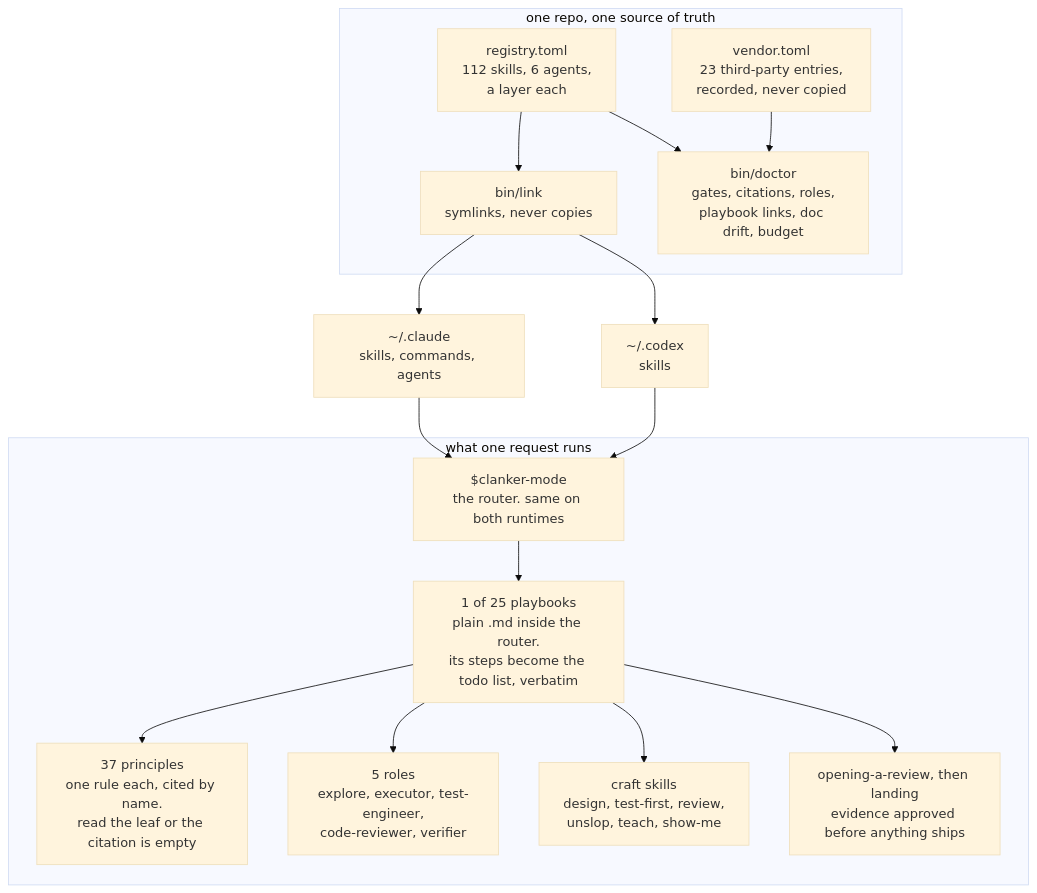
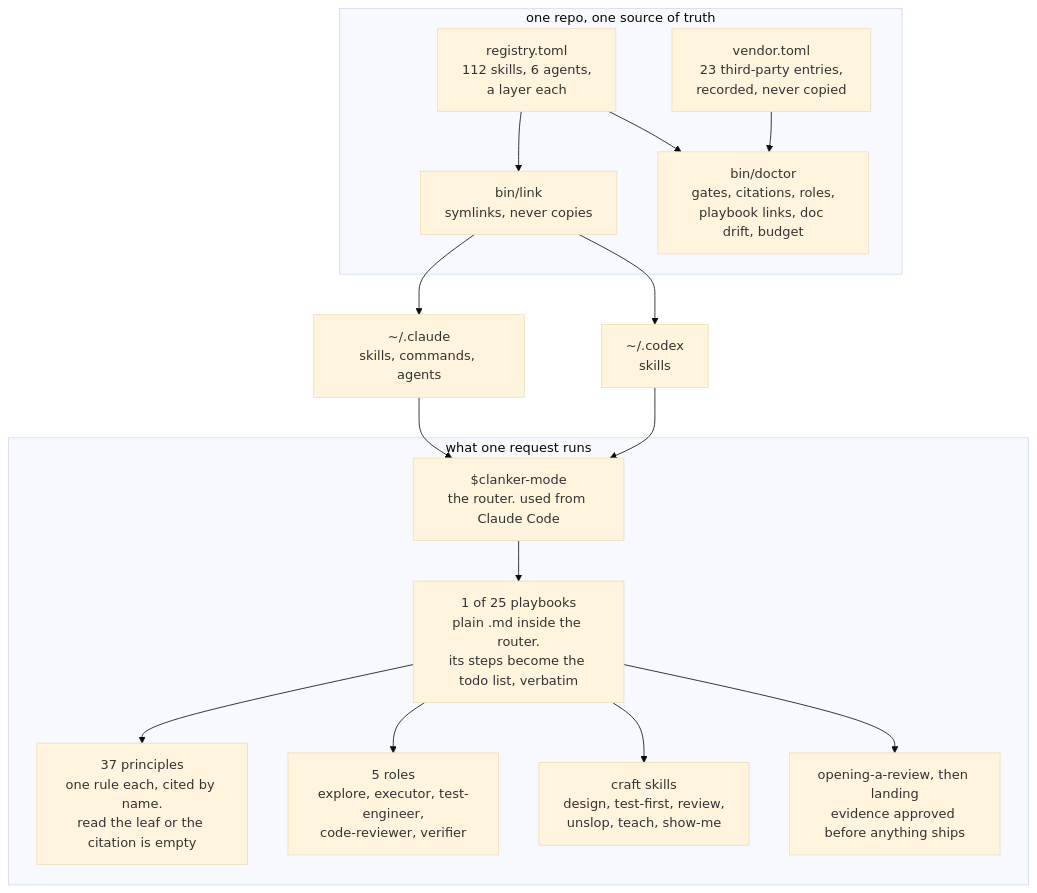
Before and after one commit to daryl-tg/deez-skills: the diagram in README.md, drawn with Mermaid (base theme). The commit also changed other lines of this file and 2 other files, not shown here.

First line of the commit message:
docs: README and guide speak Claude Code only

````diff
--- a/README.md
+++ b/README.md
@@ -11,34 +11,34 @@
 ```mermaid
 flowchart TB
   subgraph hub["one repo, one source of truth"]
     reg["registry.toml<br/>112 skills, 6 agents,<br/>a layer each"]
     ven["vendor.toml<br/>23 third-party entries,<br/>recorded, never copied"]
     lnk["bin/link<br/>symlinks, never copies"]
     doc["bin/doctor<br/>gates, citations, roles,<br/>playbook links, doc drift, budget"]
     reg --> lnk
     reg --> doc
     ven --> doc
   end
 
   cc["~/.claude<br/>skills, commands, agents"]
   cx["~/.codex<br/>skills"]
 
   subgraph work["what one request runs"]
-    router["$clanker-mode<br/>the router. same on both runtimes"]
+    router["$clanker-mode<br/>the router. used from Claude Code"]
     pb["1 of 25 playbooks<br/>plain .md inside the router.<br/>its steps become the todo list, verbatim"]
     prin["37 principles<br/>one rule each, cited by name.<br/>read the leaf or the citation is empty"]
     role["5 roles<br/>explore, executor, test-engineer,<br/>code-reviewer, verifier"]
     craft["craft skills<br/>design, test-first, review,<br/>unslop, teach, show-me"]
     ship["opening-a-review, then landing<br/>evidence approved before anything ships"]
     router --> pb
     pb --> prin
     pb --> role
     pb --> craft
     pb --> ship
   end
 
   lnk --> cc
   lnk --> cx
   cc --> router
   cx --> router
 ```
````
